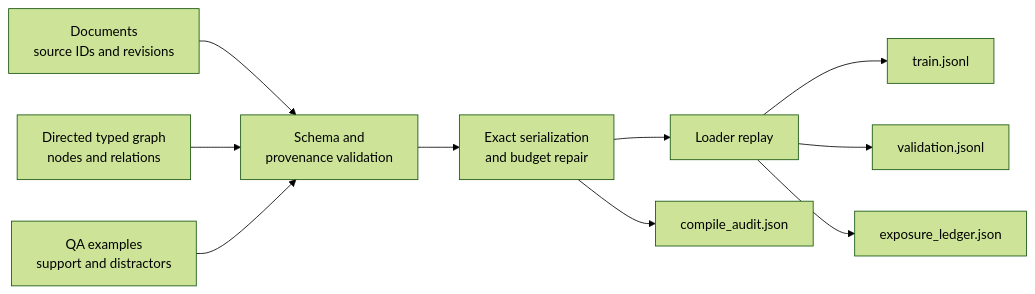
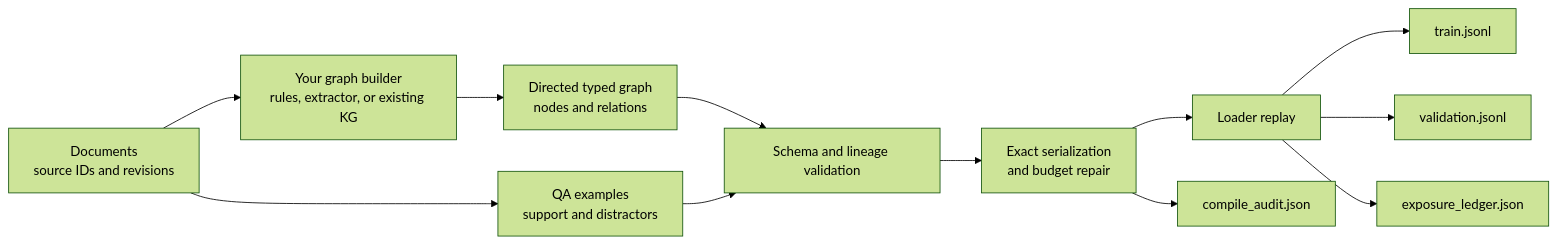
One commit to BogdanRoshchupkin/contract-audit-artifact changed the diagram in README.md. Above: the diagram before and after it, drawn with Mermaid (forest theme). The commit also changed other lines of this file and 8 other files, not shown here.

Commit message:
Document and enforce graph lineage

````diff
--- a/README.md
+++ b/README.md
@@ -55,12 +57,14 @@
 ```mermaid
 flowchart LR
-    D["Documents<br/>source IDs and revisions"] --> V["Schema and<br/>provenance validation"]
-    G["Directed typed graph<br/>nodes and relations"] --> V
-    Q["QA examples<br/>support and distractors"] --> V
+    D["Documents<br/>source IDs and revisions"] --> X["Your graph builder<br/>rules, extractor, or existing KG"]
+    X --> G["Directed typed graph<br/>nodes and relations"]
+    D --> Q["QA examples<br/>support and distractors"]
+    G --> V["Schema and lineage validation"]
+    Q --> V
     V --> B["Exact serialization<br/>and budget repair"]
     B --> L["Loader replay"]
     L --> T["train.jsonl"]
     L --> W["validation.jsonl"]
     B --> A["compile_audit.json"]
     L --> E["exposure_ledger.json"]
 ```
````
